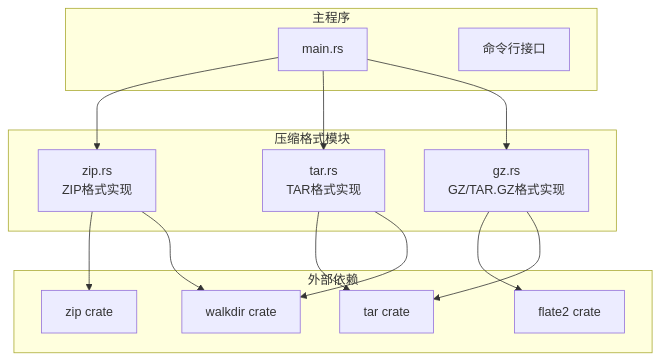
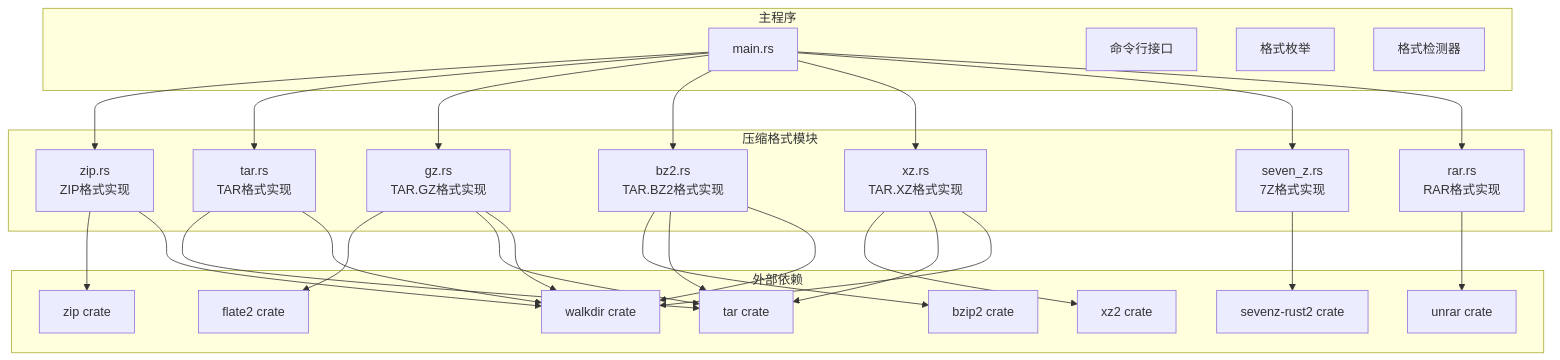
The first of 14 diagrams in .qoder/repowiki/zh/content/核心功能实现/列表功能实现.md (zhangjiacai-hub/myArchive), drawn with Mermaid before and after one commit. The commit also changed other lines of this file and 6 other files, not shown here.

````diff
--- a/.qoder/repowiki/zh/content/核心功能实现/列表功能实现.md
+++ b/.qoder/repowiki/zh/content/核心功能实现/列表功能实现.md
@@ -31,27 +42,50 @@
 ```mermaid
 graph TB
 subgraph "主程序"
 Main[main.rs]
 CLI[命令行接口]
+Format[格式枚举]
+Detect[格式检测器]
 end
 subgraph "压缩格式模块"
 ZIP[zip.rs<br/>ZIP格式实现]
 TAR[tar.rs<br/>TAR格式实现]
-GZ[gz.rs<br/>GZ/TAR.GZ格式实现]
+GZ[gz.rs<br/>TAR.GZ格式实现]
+BZ2[bz2.rs<br/>TAR.BZ2格式实现]
+XZ[xz.rs<br/>TAR.XZ格式实现]
+SEVEN_Z[seven_z.rs<br/>7Z格式实现]
+RAR[rar.rs<br/>RAR格式实现]
 end
 subgraph "外部依赖"
 ZIP_LIB[zip crate]
 TAR_LIB[tar crate]
 FLATE2[flate2 crate]
+BZIP2[bzip2 crate]
+XZ2[xz2 crate]
+SEVENZ[sevenz-rust2 crate]
+UNRAR[unrar crate]
 WALKDIR[walkdir crate]
 end
 Main --> ZIP
 Main --> TAR
 Main --> GZ
+Main --> BZ2
+Main --> XZ
+Main --> SEVEN_Z
+Main --> RAR
 ZIP --> ZIP_LIB
 TAR --> TAR_LIB
 GZ --> FLATE2
 GZ --> TAR_LIB
+BZ2 --> BZIP2
+BZ2 --> TAR_LIB
+XZ --> XZ2
+XZ --> TAR_LIB
+SEVEN_Z --> SEVENZ
+RAR --> UNRAR
 ZIP --> WALKDIR
 TAR --> WALKDIR
+GZ --> WALKDIR
+BZ2 --> WALKDIR
+XZ --> WALKDIR
 ```
````
